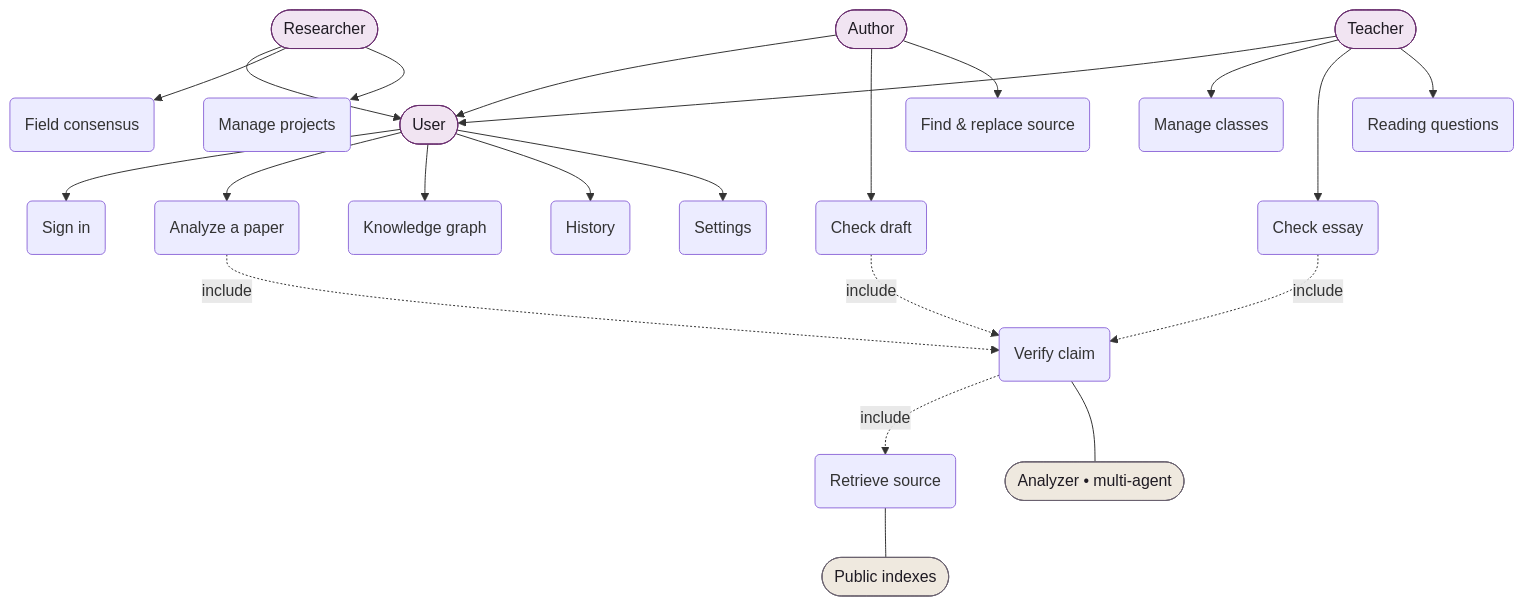
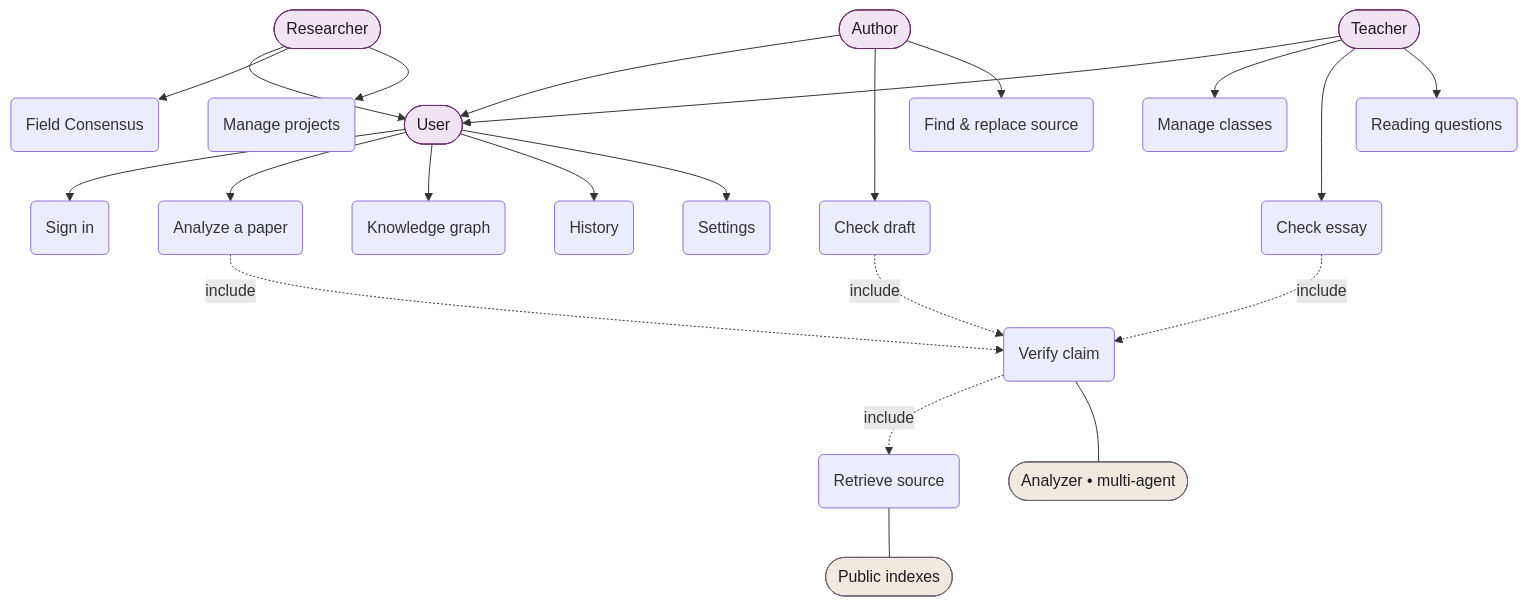
The second of 9 diagrams in docs/diagrams.md (ZenithGeeks/SecretSource-prototype), drawn with Mermaid before and after one commit. The commit also changed other lines of this file and 10 other files, not shown here.

First line of the commit message:
docs: normalize the ER diagram and add the full project diagram set

````diff
--- a/docs/diagrams.md
+++ b/docs/diagrams.md
@@ -12,20 +57,20 @@
 ```mermaid
 flowchart TB
   R([Researcher]):::role --> U([User]):::role
   A([Author]):::role --> U
   T([Teacher]):::role --> U
 
   U --> SI(Sign in) & AN(Analyze a paper) & KG(Knowledge graph) & HI(History) & ST(Settings)
-  R --> FC(Field consensus) & MP(Manage projects)
+  R --> FC(Field Consensus) & MP(Manage projects)
   A --> CD(Check draft) & FR(Find &amp; replace source)
   T --> MC(Manage classes) & CE(Check essay) & RQ(Reading questions)
 
   AN -. include .-> VC(Verify claim) -. include .-> RS(Retrieve source)
   CD -. include .-> VC
   CE -. include .-> VC
   VC --- ANL([Analyzer • multi-agent]):::ext
   RS --- IDX([Public indexes]):::ext
 
   classDef role fill:#F1E4F2,stroke:#6A2E6F,color:#1E1A22;
   classDef ext fill:#EFE9DF,stroke:#6B6370,color:#1E1A22;
 ```
````
